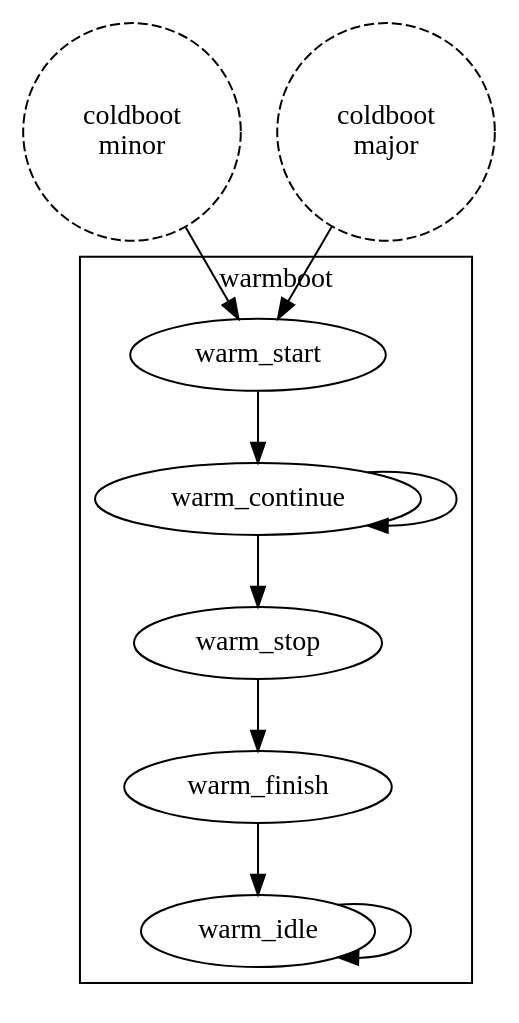
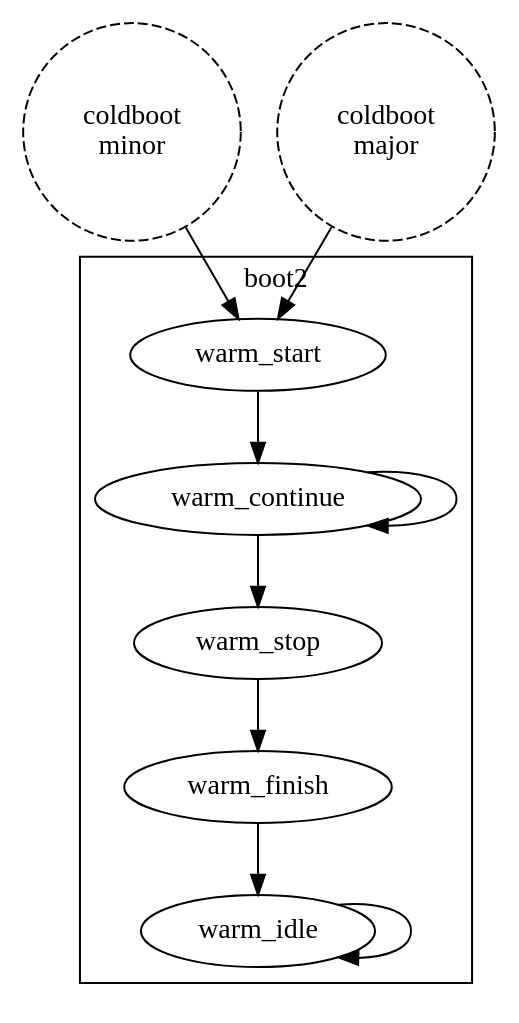
The diagram in docs/warmboot.dot (8bitgeek/libezbus), drawn with Graphviz before and after one commit. The commit also changed 28 other files, not shown here.

```diff
--- a/docs/warmboot.dot
+++ b/docs/warmboot.dot
@@ -1,22 +1,22 @@
 digraph boot1 
 {
 
-    coldboot_minor [shape=circle,style=dashed,label="coldboot\nminor"];
-    coldboot_major [shape=circle,style=dashed,label="coldboot\nmajor"];
+    boot0 [shape=circle,style=dashed,label="coldboot\nminor"];
+    boot1 [shape=circle,style=dashed,label="coldboot\nmajor"];
 
-    coldboot_minor -> warm_start;
-    coldboot_major -> warm_start;
+    boot0 -> warm_start;
+    boot1 -> warm_start;
 
-    subgraph cluster_warmboot
+    subgraph cluster_boot2
     {
-        label = "warmboot";
+        label = "boot2";
 
         warm_idle -> warm_idle;
         warm_start -> warm_continue;
         warm_continue -> warm_continue;
         warm_continue -> warm_stop;
         warm_stop -> warm_finish;
         warm_finish -> warm_idle;
     }
 
 }
```
